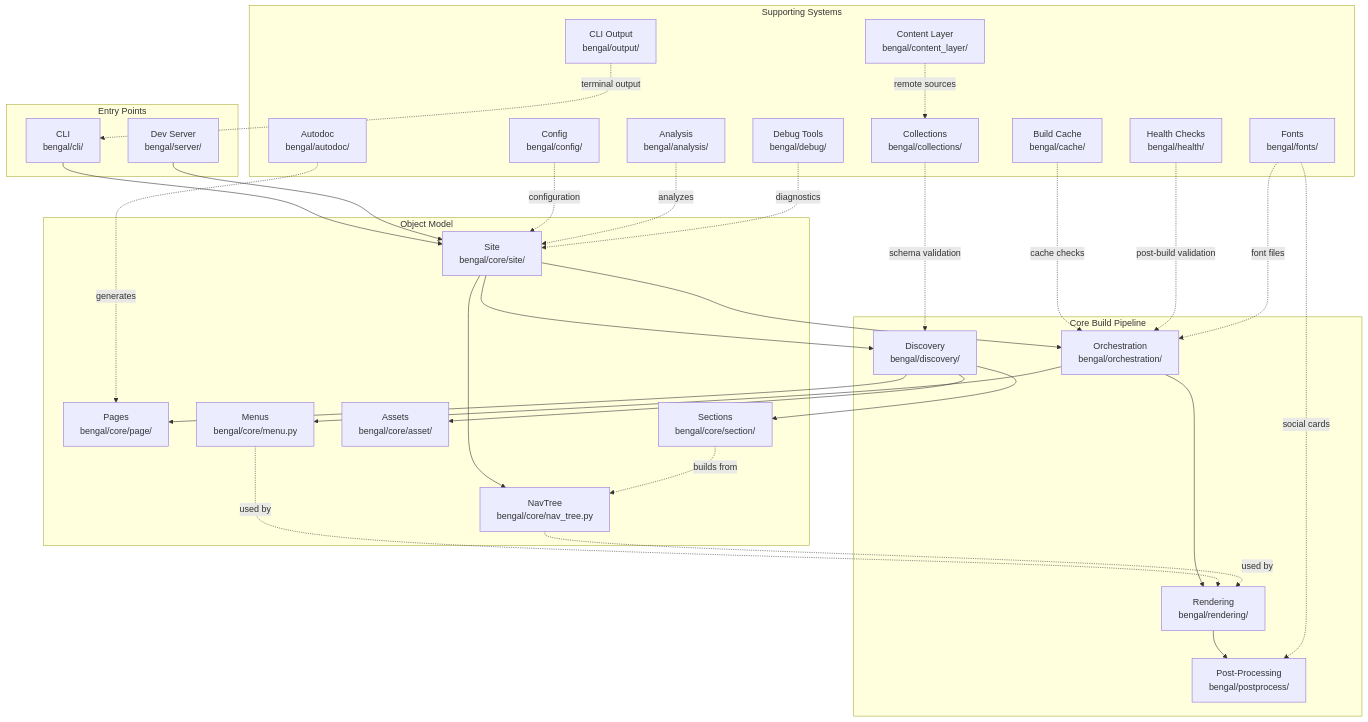
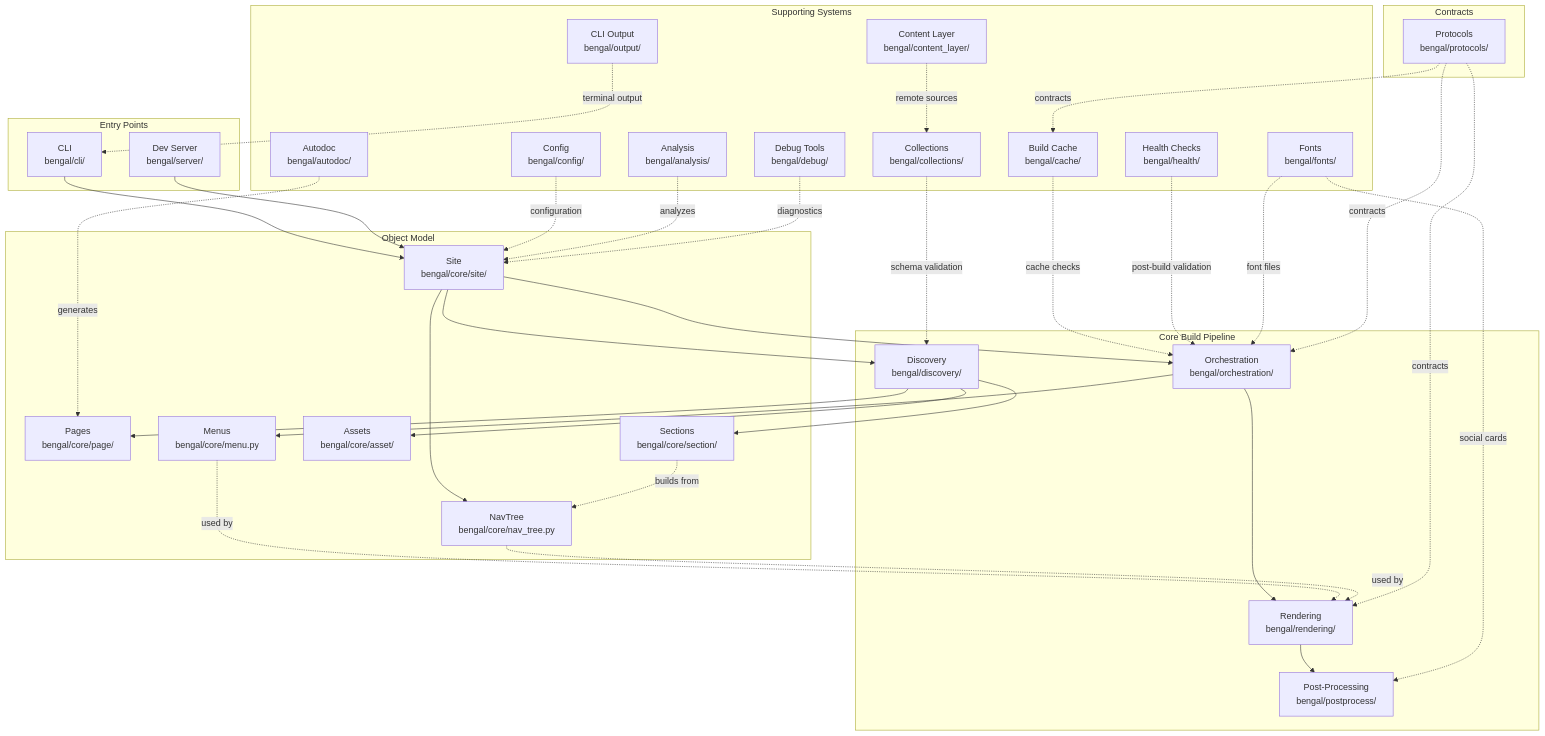
The diagram in site/content/docs/reference/architecture/_index.md (lbliii/bengal), drawn with Mermaid before and after one commit. The commit also changed other lines of this file and 3 other files, not shown here.

Commit message:
docs(architecture): add protocol layer page with diagrams; update architecture overview to show protocols

````diff
--- a/site/content/docs/reference/architecture/_index.md
+++ b/site/content/docs/reference/architecture/_index.md
@@ -42,62 +42,69 @@
 ```mermaid
 graph TB
     subgraph "Entry Points"
         CLI[CLI<br/>bengal/cli/]
         Server[Dev Server<br/>bengal/server/]
     end
 
     subgraph "Core Build Pipeline"
         Discovery[Discovery<br/>bengal/discovery/]
         Orchestration[Orchestration<br/>bengal/orchestration/]
         Rendering[Rendering<br/>bengal/rendering/]
         PostProcess[Post-Processing<br/>bengal/postprocess/]
     end
 
     subgraph "Object Model"
         Site[Site<br/>bengal/core/site/]
         Pages[Pages<br/>bengal/core/page/]
         Sections[Sections<br/>bengal/core/section/]
         Assets[Assets<br/>bengal/core/asset/]
         Menus[Menus<br/>bengal/core/menu.py]
         NavTree[NavTree<br/>bengal/core/nav_tree.py]
+    end
+
+    subgraph "Contracts"
+        Protocols[Protocols<br/>bengal/protocols/]
     end
 
     subgraph "Supporting Systems"
         Cache[Build Cache<br/>bengal/cache/]
         Health[Health Checks<br/>bengal/health/]
         Autodoc[Autodoc<br/>bengal/autodoc/]
         Config[Config<br/>bengal/config/]
         Analysis[Analysis<br/>bengal/analysis/]
         Fonts[Fonts<br/>bengal/fonts/]
         Collections[Collections<br/>bengal/collections/]
         ContentLayer[Content Layer<br/>bengal/content_layer/]
         Output[CLI Output<br/>bengal/output/]
         Debug[Debug Tools<br/>bengal/debug/]
     end
 
     CLI --> Site
     Server --> Site
     Site --> Discovery
     Discovery --> Pages
     Discovery --> Sections
     Discovery --> Assets
     Site --> Orchestration
     Orchestration --> Menus
     Orchestration --> Rendering
     Site --> NavTree
     Sections -.->|"builds from"| NavTree
     Menus -.->|"used by"| Rendering
     NavTree -.->|"used by"| Rendering
     Rendering --> PostProcess
     Cache -.->|"cache checks"| Orchestration
     Health -.->|"post-build validation"| Orchestration
     Autodoc -.->|"generates"| Pages
     Config -.->|"configuration"| Site
     Analysis -.->|"analyzes"| Site
     Fonts -.->|"font files"| Orchestration
     Fonts -.->|"social cards"| PostProcess
     Collections -.->|"schema validation"| Discovery
     ContentLayer -.->|"remote sources"| Collections
     Output -.->|"terminal output"| CLI
     Debug -.->|"diagnostics"| Site
+    Protocols -.->|"contracts"| Rendering
+    Protocols -.->|"contracts"| Cache
+    Protocols -.->|"contracts"| Orchestration
 ```
````
